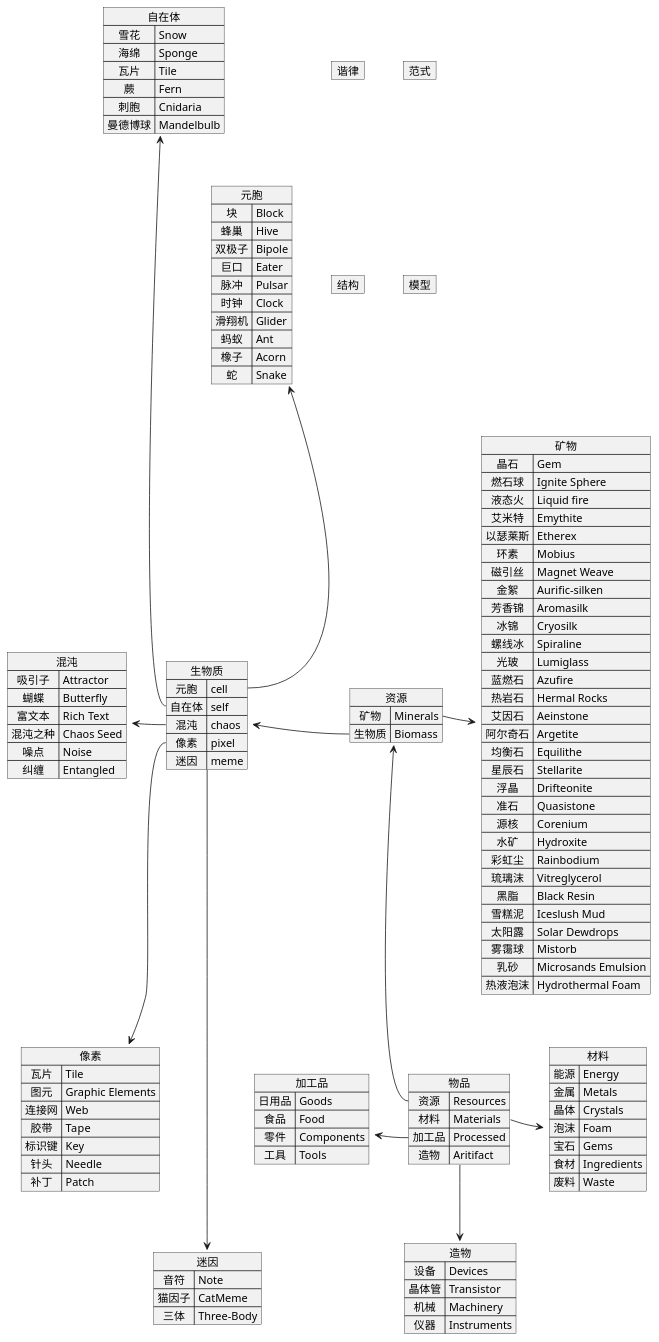
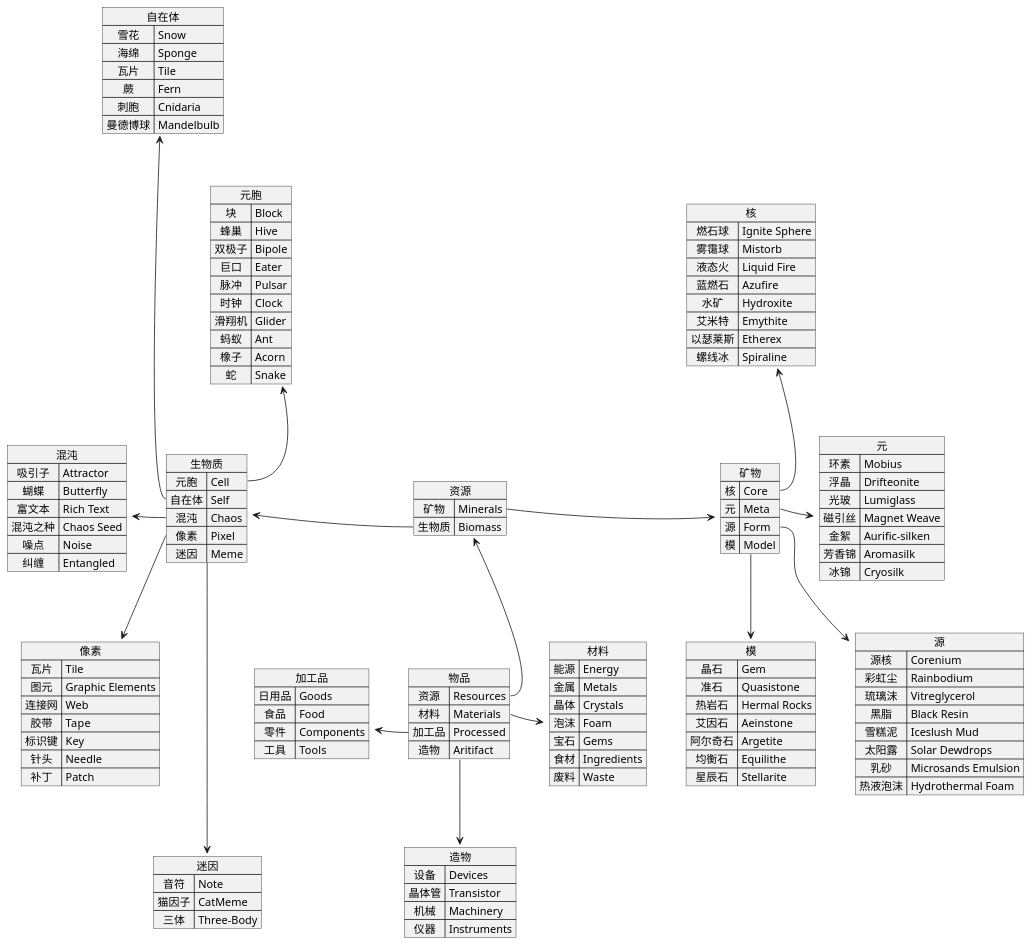
The diagram in limpidRM/世界观/物品介绍图.puml (66t/rpgMZ2), drawn with PlantUML before and after one commit. The commit also changed 2 other files, not shown here.

```diff
--- a/limpidRM/世界观/物品介绍图.puml
+++ b/limpidRM/世界观/物品介绍图.puml
@@ -1,141 +1,149 @@
 @startuml
 'https://plantuml.com/object-diagram
 
 map 物品 {
 资源=>Resources
 材料=>Materials
 加工品=>Processed
 造物=>Aritifact
 }
 
 map 资源 {
 矿物=>Minerals
 生物质=>Biomass
 }
 map 材料 {
 能源=>Energy
 金属=>Metals
 晶体=>Crystals
 泡沫=>Foam
 宝石=>Gems
 食材=>Ingredients
 废料=>Waste
 }
 map 加工品 {
 日用品=>Goods
 食品=>Food
 零件=>Components
 工具=>Tools
 }
 map 造物 {
 设备=>Devices
 晶体管=>Transistor
 机械=>Machinery
 仪器=>Instruments
 }
 
 物品::资源 -up-> 资源
 物品::材料 -right-> 材料
 物品::加工品 -left-> 加工品
 物品::造物 --> 造物
 
 map 矿物 {
-晶石=>Gem 
-燃石球=>Ignite Sphere
-液态火=>Liquid fire
-艾米特=>Emythite
-以瑟莱斯=>Etherex 
-环素=>Mobius 
-磁引丝=>Magnet Weave
-金絮=>Aurific-silken
-芳香锦=>Aromasilk
-冰锦=>Cryosilk 
-螺线冰=>Spiraline 
-光玻=>Lumiglass 
-蓝燃石=>Azufire 
-热岩石=>Hermal Rocks
-艾因石=>Aeinstone 
-阿尔奇石=>Argetite 
-均衡石=>Equilithe
-星辰石=>Stellarite 
-浮晶=>Drifteonite
-准石=>Quasistone 
-源核=>Corenium
-水矿=>Hydroxite 
-彩虹尘=>Rainbodium
-琉璃沫=>Vitreglycerol
-黑脂=>Black Resin 
-雪糕泥=>Iceslush Mud
-太阳露=>Solar Dewdrops 
-雾霭球=>Mistorb
-乳砂=>Microsands Emulsion 
-热液泡沫=>Hydrothermal Foam 
+核=>Core
+元=>Meta
+源=>Form
+模=>Model
 }
 map 生物质 {
-元胞=>cell
-自在体=>self
-混沌=>chaos
-像素=>pixel
-迷因=>meme
+元胞=>Cell
+自在体=>Self
+混沌=>Chaos
+像素=>Pixel
+迷因=>Meme
 }
 资源::矿物 -right-> 矿物
 资源::生物质 -left-> 生物质
 
 map 元胞 {
 块=>Block
 蜂巢=>Hive 
 双极子=>Bipole
 巨口=>Eater
 脉冲=>Pulsar
 时钟=>Clock
 滑翔机=>Glider
 蚂蚁=>Ant 
 橡子=>Acorn
 蛇=>Snake
 }
 map 自在体 {
 雪花=>Snow 
 海绵=>Sponge
 瓦片=>Tile
 蕨=>Fern
 刺胞=>Cnidaria 
 曼德博球=>Mandelbulb 
 }
 map 混沌 {
 吸引子=>Attractor 
 蝴蝶=>Butterfly 
 富文本=>Rich Text
 混沌之种=>Chaos Seed 
 噪点=>Noise
 纠缠=>Entangled
 }
 map 像素 {
 瓦片=>Tile
 图元=>Graphic Elements 
 连接网=>Web 
 胶带=>Tape
 标识键=>Key
 针头=>Needle
 补丁=>Patch
 }
 map 迷因 {
 音符=>Note
 猫因子=>CatMeme
 三体=>Three-Body
 }
 生物质::元胞 -up-> 元胞
 生物质::自在体 -up--> 自在体
 生物质::混沌 -left-> 混沌
 生物质::像素 --> 像素
 生物质::迷因 ---> 迷因
 
-map 谐律 {
+map 核 {
+燃石球=>Ignite Sphere
+雾霭球=>Mistorb
+液态火=>Liquid Fire
+蓝燃石=>Azufire
+水矿=>Hydroxite
+艾米特=>Emythite
+以瑟莱斯=>Etherex
+螺线冰=>Spiraline
 }
-map 范式 {
+map 元 {
+环素=>Mobius 
+浮晶=>Drifteonite
+光玻=>Lumiglass
+磁引丝=>Magnet Weave
+金絮=>Aurific-silken
+芳香锦=>Aromasilk
+冰锦=>Cryosilk 
 }
-map 结构 {
+map 源 {
+源核=>Corenium
+彩虹尘=>Rainbodium
+琉璃沫=>Vitreglycerol
+黑脂=>Black Resin 
+雪糕泥=>Iceslush Mud
+太阳露=>Solar Dewdrops
+乳砂=>Microsands Emulsion 
+热液泡沫=>Hydrothermal Foam
 }
-map 模型 {
+map 模 {
+晶石=>Gem
+准石=>Quasistone 
+热岩石=>Hermal Rocks
+艾因石=>Aeinstone 
+阿尔奇石=>Argetite 
+均衡石=>Equilithe
+星辰石=>Stellarite
 }
 
+矿物::核 -up-> 核
+矿物::元 -right-> 元
+矿物::源 --> 源
+矿物::模 --> 模
 @enduml
```
